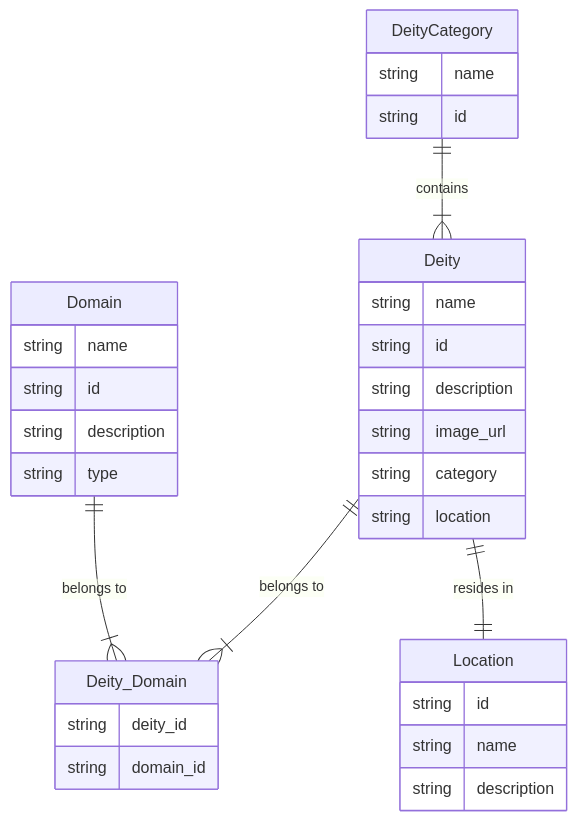
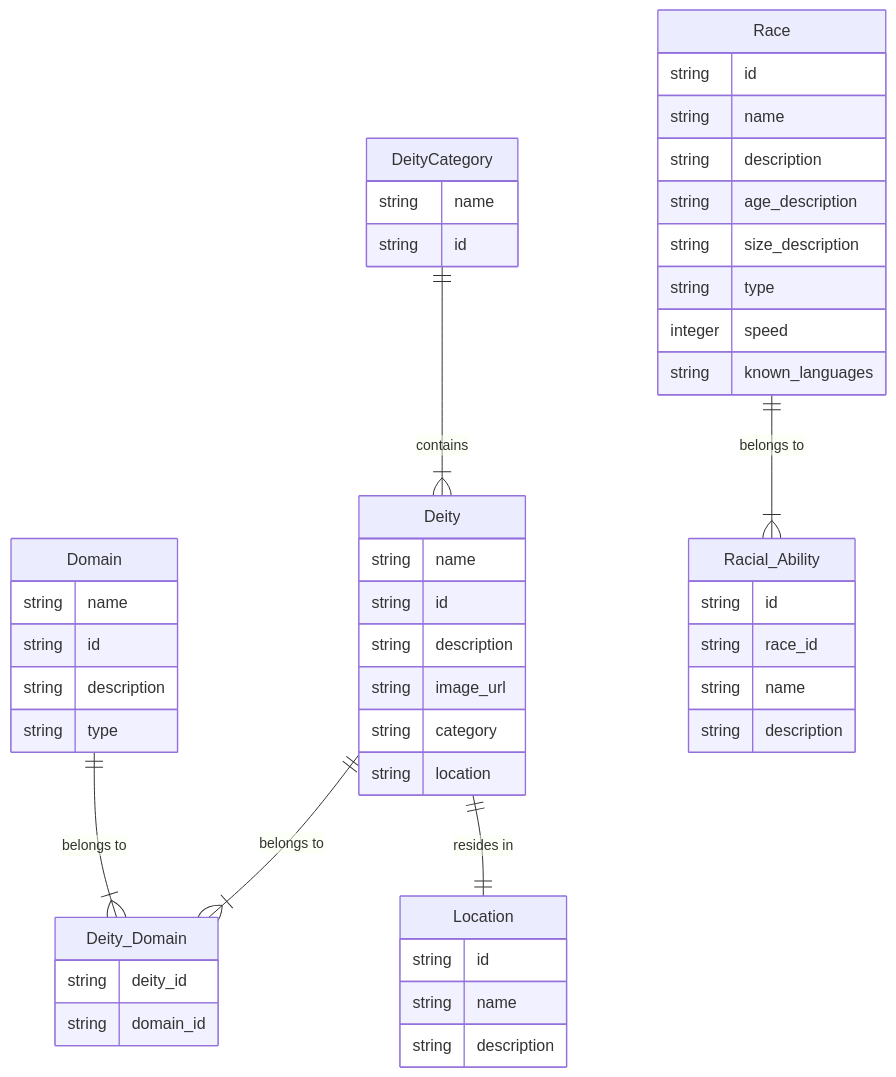
The diagram in libs/db/migrations/diagram.mmd (jmcdo29/unteris), drawn with Mermaid before and after one commit. The commit also changed other lines of this file and 2 other files, not shown here.

Commit message:
feat(db): write migration for race and racial ability

```diff
--- a/libs/db/migrations/diagram.mmd
+++ b/libs/db/migrations/diagram.mmd
@@ -1,32 +1,49 @@
 erDiagram
     DeityCategory ||--|{ Deity : "contains"
     Deity ||--|{ Deity_Domain : "belongs to"
     Domain ||--|{ Deity_Domain : "belongs to"
     Deity ||--|| Location : "resides in"
+    Race ||--|{ Racial_Ability : "belongs to"
     DeityCategory {
         string name
         string id
     }
     Deity {
         string name
         string id
         string description
         string image_url
         string category
         string location
     }
     Domain {
         string name
         string id
         string description
         string type
     }
     Deity_Domain {
         string deity_id
         string domain_id
     }
     Location {
         string id
         string name
         string description
     }
+    Race {
+        string id
+        string name
+        string description
+        string age_description
+        string size_description
+        string type
+        integer speed
+        string known_languages
+    }
+    Racial_Ability {
+        string id
+        string race_id
+        string name
+        string description
+    }
```
